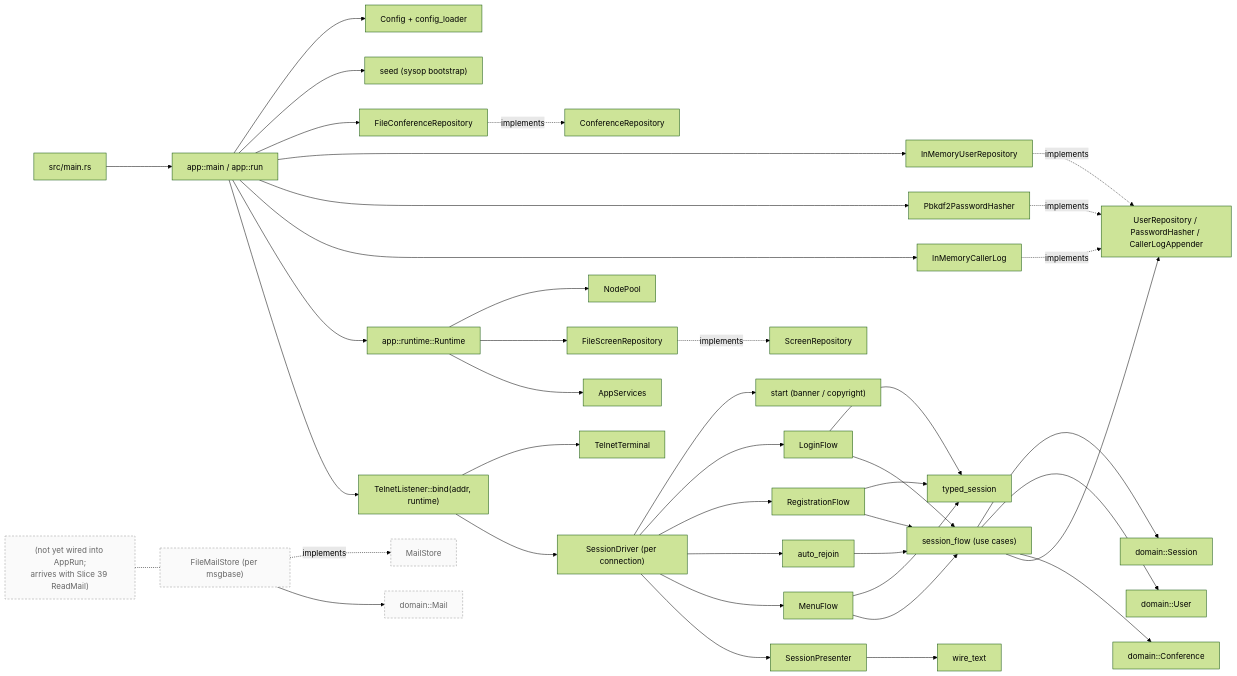
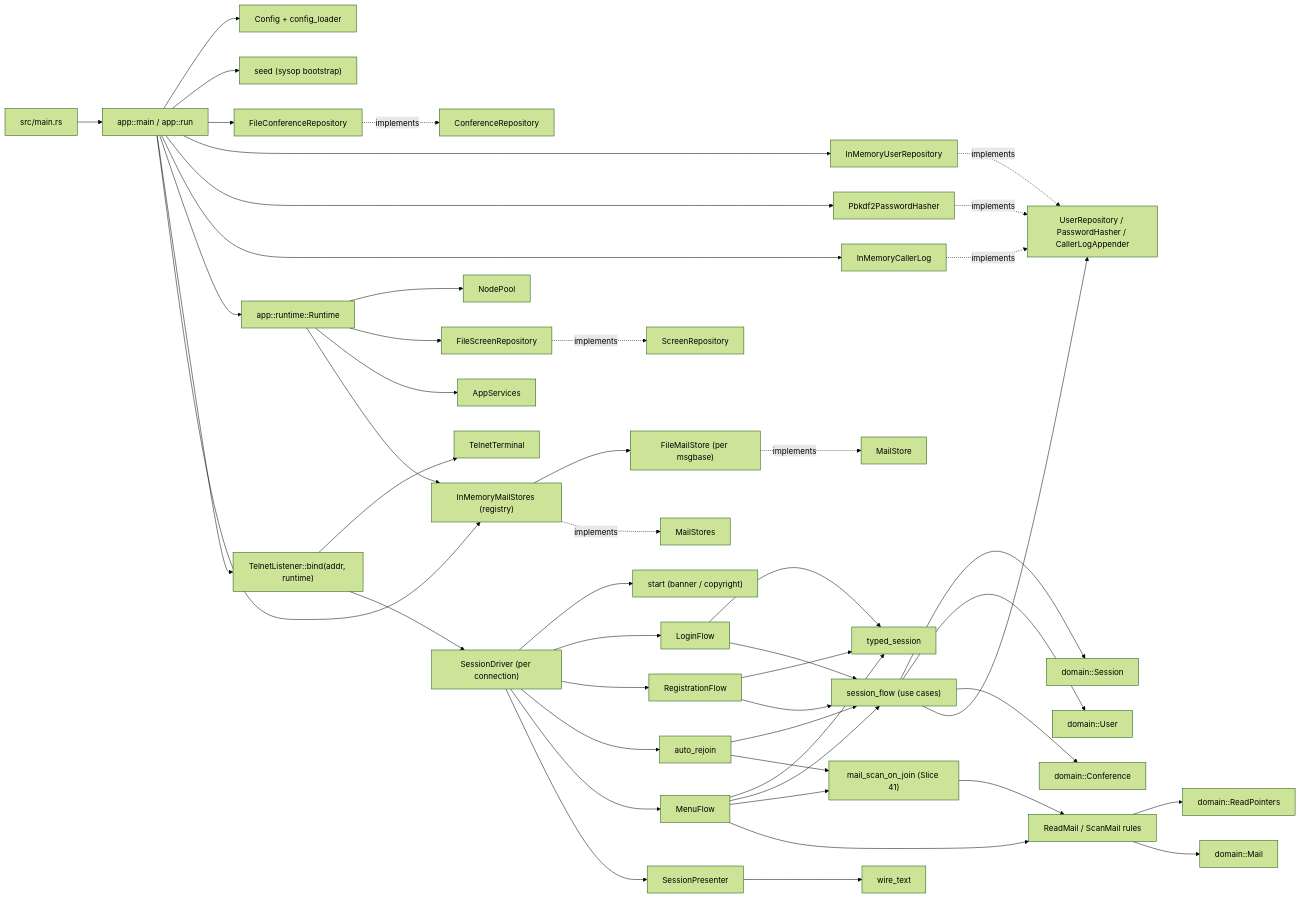
Before and after one commit to pingles/nextexpress: the diagram in SYSTEM.md, drawn with Mermaid (forest theme). The commit also changed other lines of this file and 25 other files, not shown here.

````diff
--- a/SYSTEM.md
+++ b/SYSTEM.md
@@ -23,54 +27,61 @@
 ```mermaid
 flowchart LR
     Main["src/main.rs"] --> AppRun["app::main / app::run"]
 
     AppRun --> Config["Config + config_loader"]
     AppRun --> Seed["seed (sysop bootstrap)"]
     AppRun --> ConfRepo["FileConferenceRepository"]
     AppRun --> UserRepo["InMemoryUserRepository"]
     AppRun --> Hasher["Pbkdf2PasswordHasher"]
     AppRun --> CallerLog["InMemoryCallerLog"]
     AppRun --> Runtime["app::runtime::Runtime"]
 
     Runtime --> NodePool["NodePool"]
     Runtime --> Screens["FileScreenRepository"]
     Runtime --> Services["AppServices"]
 
     AppRun --> Telnet["TelnetListener::bind(addr, runtime)"]
     Telnet --> Terminal["TelnetTerminal"]
     Telnet --> Driver["SessionDriver (per connection)"]
 
     Driver --> Start["start (banner / copyright)"]
     Driver --> Login["LoginFlow"]
     Driver --> Registration["RegistrationFlow"]
     Driver --> AutoRejoin["auto_rejoin"]
     Driver --> Menu["MenuFlow"]
     Driver --> Presenter["SessionPresenter"]
 
     Login --> Typed["typed_session"]
     Registration --> Typed
     Menu --> Typed
     Login --> Flow["session_flow (use cases)"]
     Registration --> Flow
     Menu --> Flow
     AutoRejoin --> Flow
     Presenter --> WireText["wire_text"]
 
+    AppRun --> MailRegistry["InMemoryMailStores (registry)"]
+    MailRegistry --> MailStore["FileMailStore (per msgbase)"]
+    Runtime --> MailRegistry
+
+    AutoRejoin --> ScanOnJoin["mail_scan_on_join (Slice 41)"]
+    Menu --> ScanOnJoin
+    Menu --> ReadFlow["ReadMail / ScanMail rules"]
+    ScanOnJoin --> ReadFlow
+
     Flow --> DomainSession["domain::Session"]
     Flow --> DomainUser["domain::User"]
     Flow --> DomainConference["domain::Conference"]
     Flow --> Ports["UserRepository / PasswordHasher / CallerLogAppender"]
+    ReadFlow --> Pointers["domain::ReadPointers"]
+    ReadFlow --> Mail["domain::Mail"]
 
     ConfRepo -.implements.-> ConfPort["ConferenceRepository"]
     UserRepo -.implements.-> Ports
     Hasher -.implements.-> Ports
     CallerLog -.implements.-> Ports
     Screens -.implements.-> ScreenPort["ScreenRepository"]
 
-    MailStore["FileMailStore (per msgbase)"] -.implements.-> MailPort["MailStore"]
-    MailStore --> Mail["domain::Mail"]
-    MailPending["(not yet wired into AppRun;<br/>arrives with Slice 39 ReadMail)"] -.- MailStore
-
-    classDef pending fill:#fafafa,stroke:#999,stroke-dasharray:4 3,color:#666
-    class MailStore,Mail,MailPort,MailPending pending
+    MailRegistry -.implements.-> MailStoresPort["MailStores"]
+    MailStore -.implements.-> MailPort["MailStore"]
 ```
````
